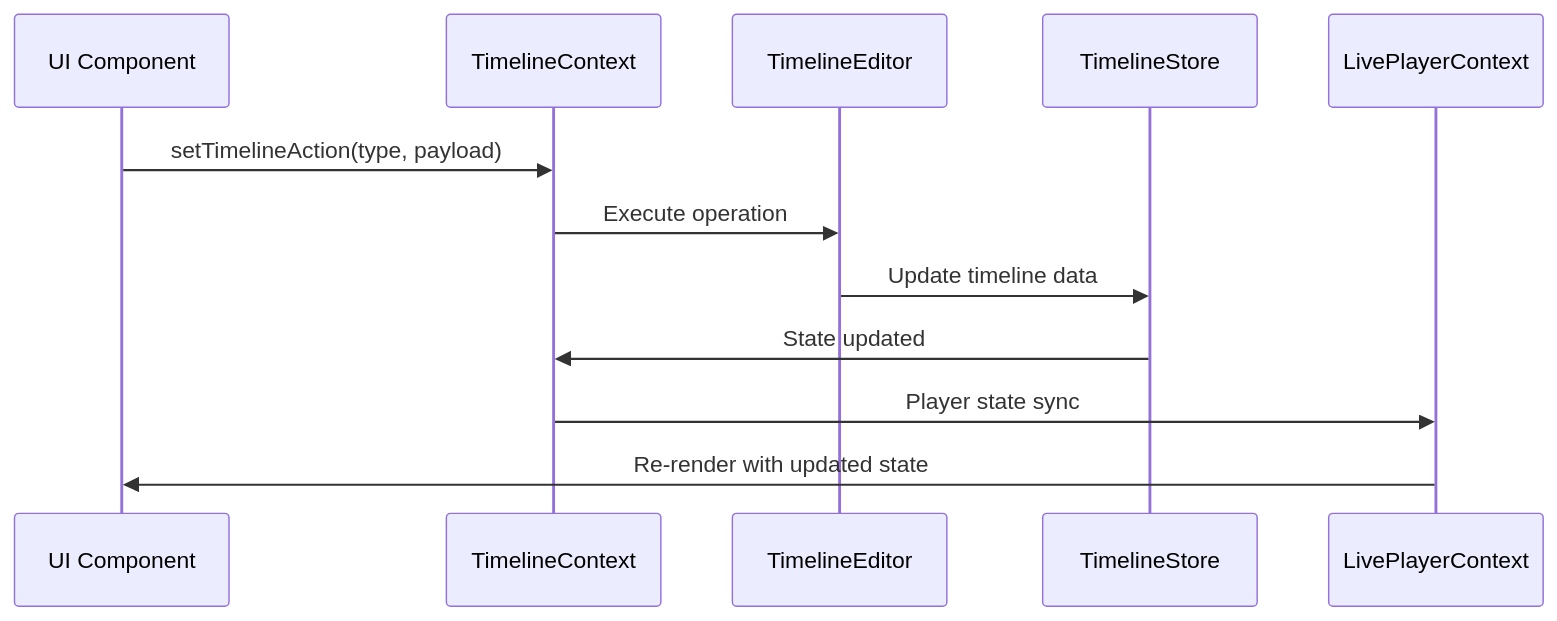
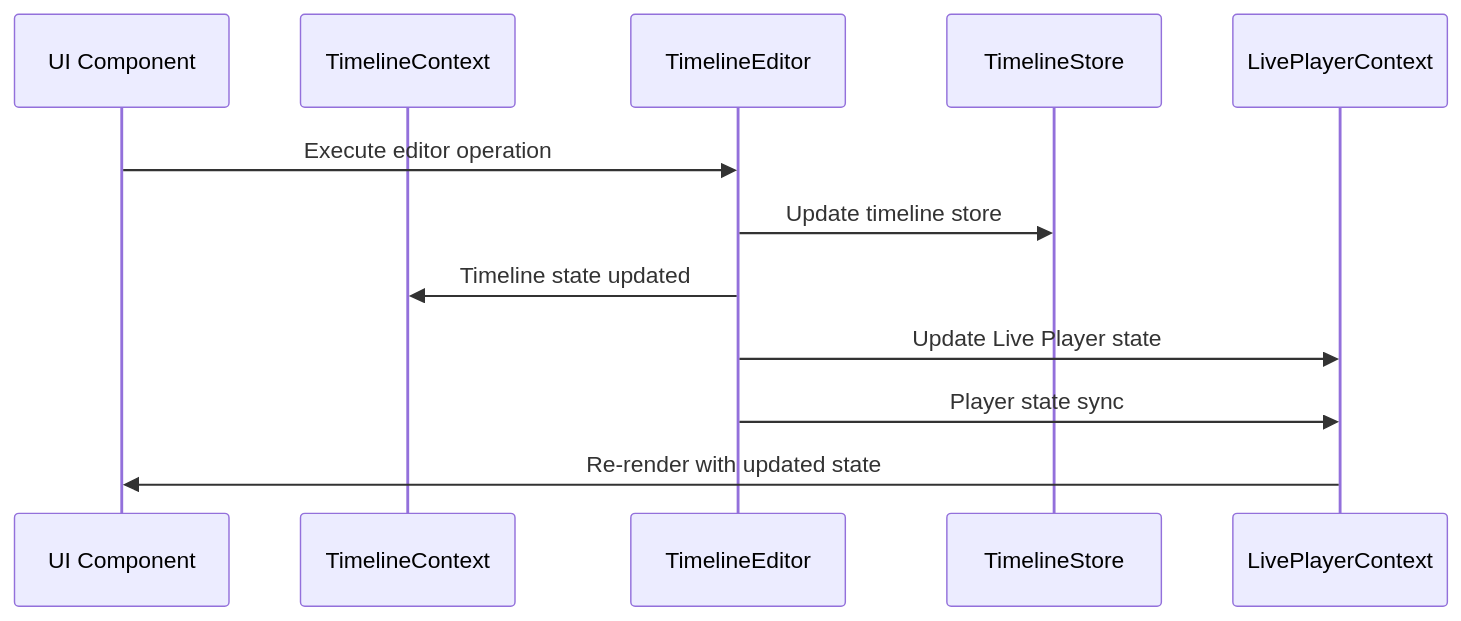
One commit to ncounterspecialist/twick changed the second of 7 diagrams in packages/documentation/docs/architecture.md. Above: the diagram before and after it, drawn with Mermaid. The commit also changed other lines of this file and 12 other files, not shown here.

````diff
--- a/packages/documentation/docs/architecture.md
+++ b/packages/documentation/docs/architecture.md
@@ -70,15 +78,15 @@
 ```mermaid
 sequenceDiagram
     participant UI as UI Component
     participant TC as TimelineContext
     participant TE as TimelineEditor
     participant TS as TimelineStore
     participant LC as LivePlayerContext
     
-    UI->>TC: setTimelineAction(type, payload)
-    TC->>TE: Execute operation
-    TE->>TS: Update timeline data
-    TS->>TC: State updated
-    TC->>LC: Player state sync
+    UI->>TE: Execute editor operation
+    TE->>TS: Update timeline store
+    TE->>TC: Timeline state updated
+    TE->>LC: Update Live Player state
+    TE->>LC: Player state sync
     LC->>UI: Re-render with updated state
 ```
````
